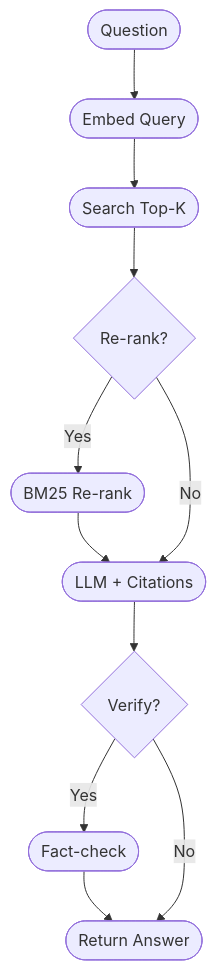
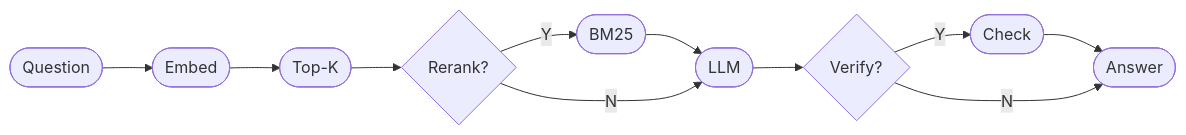
Before and after one commit to prthmmkhija1/RAGsystem: the third of 4 diagrams in README.md, drawn with Mermaid. The commit also changed other lines of this file, not shown here.

Commit message:
Clean horizontal mermaid diagrams

````diff
--- a/README.md
+++ b/README.md
@@ -41,10 +38,10 @@
 ```mermaid
-flowchart TD
-    A([Question]) --> B([Embed Query]) --> C([Search Top-K])
-    C --> D{Re-rank?}
-    D -- Yes --> E([BM25 Re-rank]) --> F
-    D -- No --> F([LLM + Citations])
+flowchart LR
+    A([Question]) --> B([Embed]) --> C([Top-K])
+    C --> D{Rerank?}
+    D -- Y --> E([BM25]) --> F([LLM])
+    D -- N --> F
     F --> G{Verify?}
-    G -- Yes --> H([Fact-check]) --> I([Return Answer])
-    G -- No --> I
+    G -- Y --> H([Check]) --> I([Answer])
+    G -- N --> I
 ```
````
